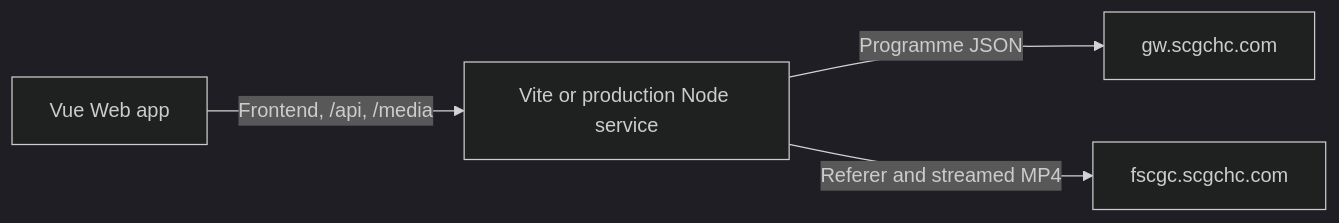
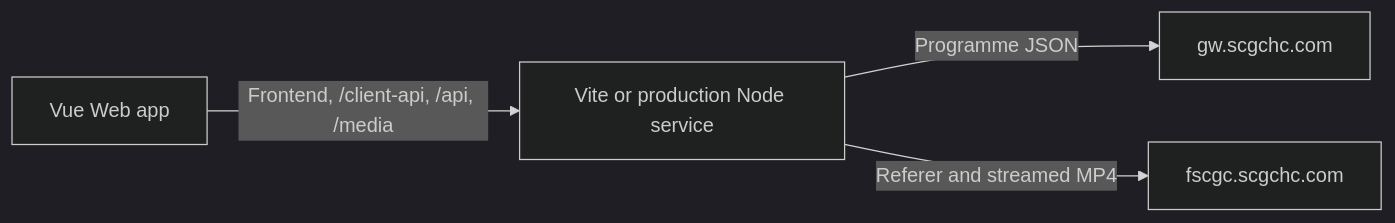
The diagram in docs/architecture.md (by291/sctv-dl), drawn with Mermaid (dark theme) before and after one commit. The commit also changed other lines of this file and 40 other files, not shown here.

First line of the commit message:
refactor(api): normalize programme workflows in Node services

````diff
--- a/docs/architecture.md
+++ b/docs/architecture.md
@@ -9,6 +9,6 @@
 ```mermaid
 flowchart LR
-    Browser["Vue Web app"] -->|"Frontend, /api, /media"| Server["Vite or production Node service"]
+    Browser["Vue Web app"] -->|"Frontend, /client-api, /api, /media"| Server["Vite or production Node service"]
     Server -->|"Programme JSON"| API["gw.scgchc.com"]
     Server -->|"Referer and streamed MP4"| CDN["fscgc.scgchc.com"]
 ```
````
